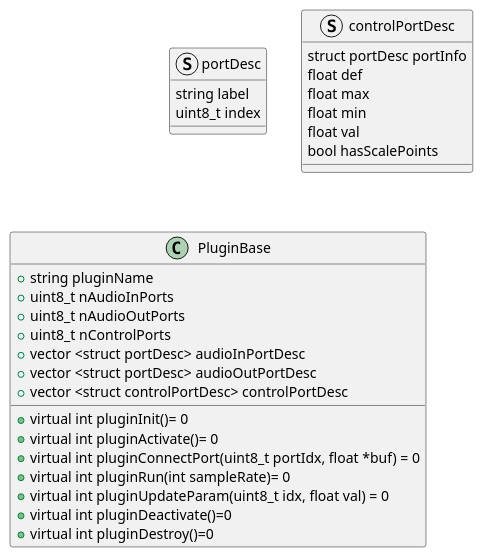
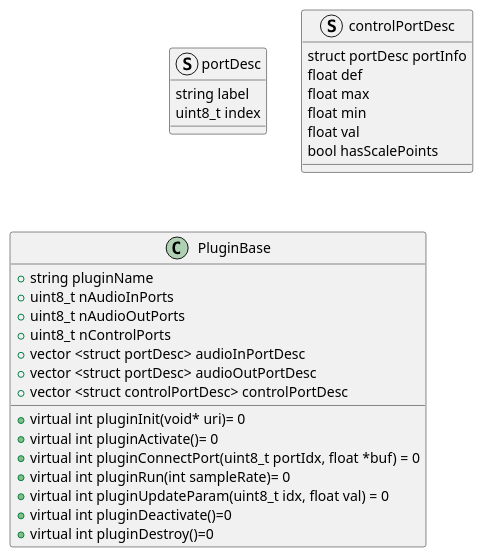
Before and after one commit to abhimanyu-g/calicofx-core: the sixth of 15 diagrams in doc/design.org, drawn with PlantUML. The commit also changed other lines of this file, not shown here.

```diff
--- a/doc/design.org
+++ b/doc/design.org
@@ -172,34 +172,34 @@
 #+begin_src plantuml :file /tmp/calicofx-plugin-base-class-dig.png :exports results
   @startuml
   struct portDesc{
         string label
         uint8_t index
   }
 
   struct controlPortDesc {
         struct portDesc portInfo
         float def
         float max
         float min
         float val
         bool hasScalePoints
   }
 
   class PluginBase{
           +string pluginName
           +uint8_t nAudioInPorts
           +uint8_t nAudioOutPorts
           +uint8_t nControlPorts
         +vector <struct portDesc> audioInPortDesc
           +vector <struct portDesc> audioOutPortDesc
           +vector <struct controlPortDesc> controlPortDesc
-          +virtual int pluginInit()= 0
+          +virtual int pluginInit(void* uri)= 0
           +virtual int pluginActivate()= 0
         +virtual int pluginConnectPort(uint8_t portIdx, float *buf) = 0
           +virtual int pluginRun(int sampleRate)= 0
         +virtual int pluginUpdateParam(uint8_t idx, float val) = 0
         +virtual int pluginDeactivate()=0
         +virtual int pluginDestroy()=0
   }
   @enduml
 #+end_src
```
